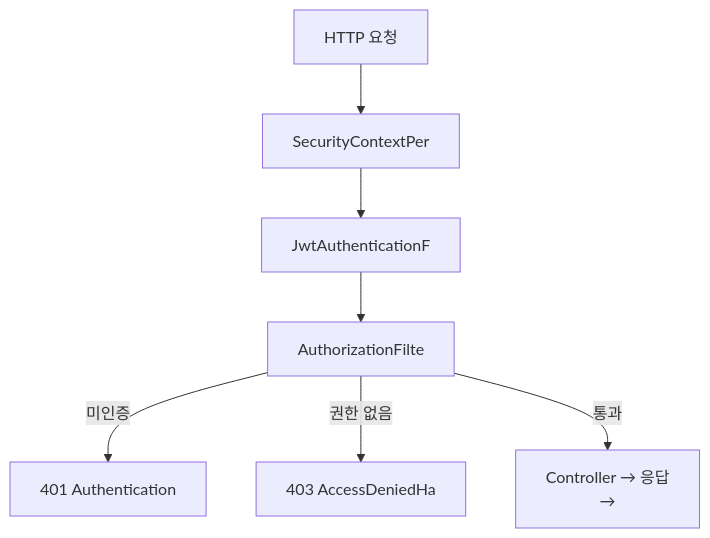
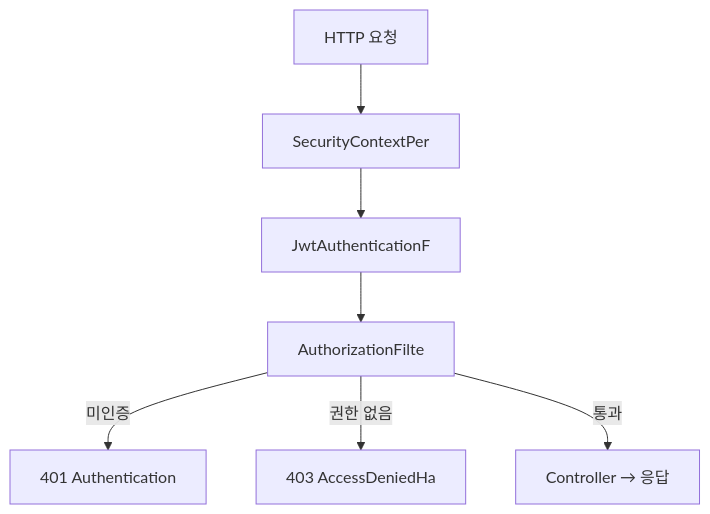
One commit to yjkim2015/yjkim2015.github.io changed the seventh of 7 diagrams in _posts/spring/2026-05-02-spring-security-deep.md. Above: the diagram before and after it, drawn with Mermaid. The commit also changed other lines of this file and 217 other files, not shown here.

First line of the commit message:
Mermaid 크기 수정: useMaxWidth:true + SVG max-width:100% + 라벨 축소

````diff
--- a/_posts/spring/2026-05-02-spring-security-deep.md
+++ b/_posts/spring/2026-05-02-spring-security-deep.md
@@ -686,9 +686,9 @@
 ```mermaid
 flowchart TD
     A["HTTP 요청"] --> B["SecurityContextPer"]
     B --> C["JwtAuthenticationF"]
     C --> D["AuthorizationFilte"]
     D -->|"미인증"| E["401 Authentication"]
     D -->|"권한 없음"| F["403 AccessDeniedHa"]
-    D -->|"통과"| G["Controller → 응답\n→"]
+    D -->|"통과"| G["Controller → 응답"]
 ```
````
